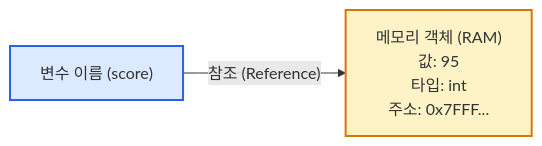
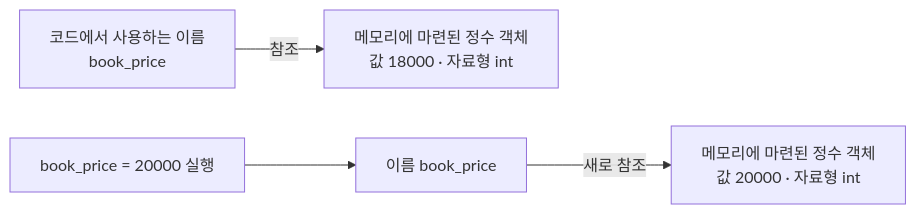
The third of 4 diagrams in 강의교재/week04_lecture.qmd (phyzikyh/computing), drawn with Mermaid before and after one commit. The commit also changed other lines of this file and 22 other files, not shown here.

````diff
--- a/강의교재/week04_lecture.qmd
+++ b/강의교재/week04_lecture.qmd
@@ -29,8 +165,8 @@
 ```{mermaid}
-%%| fig-cap: "**그림 4-1.** 변수 이름과 메모리 객체의 관계"
+%%| echo: false
+%%| fig-cap: "**그림 4-3.** 변수 이름과 메모리의 값 객체"
 flowchart LR
-    VAR["변수 이름 (score)"] -->|"참조 (Reference)"| OBJ["메모리 객체 (RAM)<br/>값: 95<br/>타입: int<br/>주소: 0x7FFF..."]
-
-    style VAR fill:#dbeafe,stroke:#2563eb,stroke-width:2px
-    style OBJ fill:#fef3c7,stroke:#d97706,stroke-width:2px
+    A[코드에서 사용하는 이름<br/>book_price] -->|참조| B[메모리에 마련된 정수 객체<br/>값 18000 · 자료형 int]
+    C[book_price = 20000 실행] --> D[이름 book_price]
+    D -->|새로 참조| E[메모리에 마련된 정수 객체<br/>값 20000 · 자료형 int]
 ```
````
